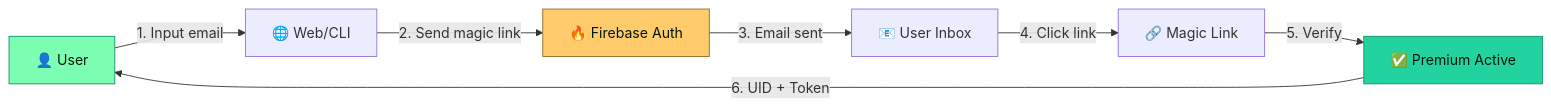
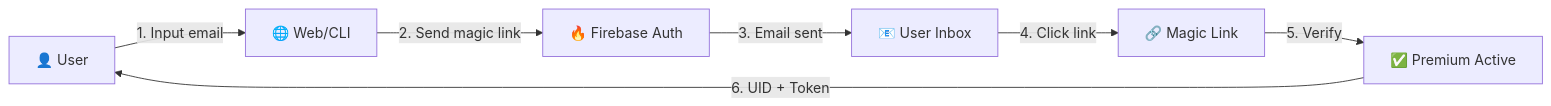
Before and after one commit to reinhald90/am-reverse: the diagram in README.md, drawn with Mermaid. The commit also changed other lines of this file, not shown here.

````diff
--- a/README.md
+++ b/README.md
@@ -491,13 +345,9 @@
 ```mermaid
 graph LR
     A[👤 User] -->|1. Input email| B[🌐 Web/CLI]
     B -->|2. Send magic link| C[🔥 Firebase Auth]
     C -->|3. Email sent| D[📧 User Inbox]
     D -->|4. Click link| E[🔗 Magic Link]
     E -->|5. Verify| F[✅ Premium Active]
     F -->|6. UID + Token| A
-    
-    style A fill:#7cffb2,stroke:#0e8f6a,color:#04160a
-    style F fill:#22d3a0,stroke:#0e8f6a,color:#04160a
-    style C fill:#ffcb6b,stroke:#8a6a2a,color:#04160a
 ```
````
